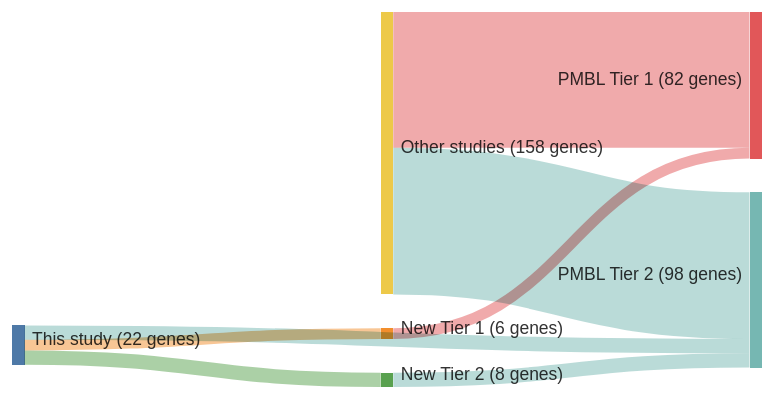
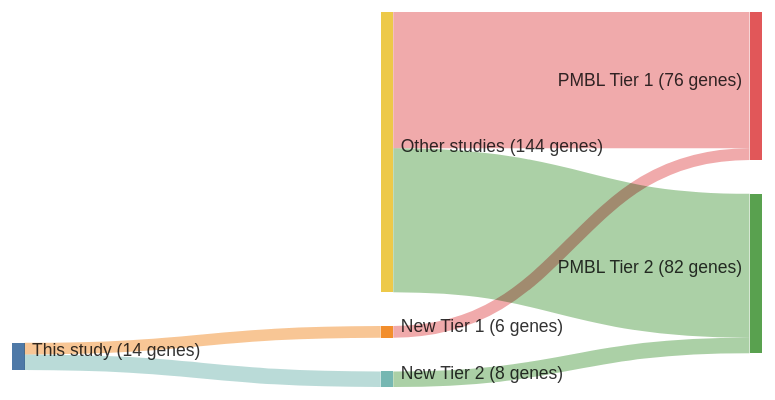
One commit to morinlab/lymphopedia changed the diagram in papers/dunsCharacterizationDLBCLPMBL2021b.md. Above: the diagram before and after it, drawn with Mermaid. The commit also changed other lines of this file and 81 other files, not shown here.

````diff
--- a/papers/dunsCharacterizationDLBCLPMBL2021b.md
+++ b/papers/dunsCharacterizationDLBCLPMBL2021b.md
@@ -13,21 +13,20 @@
 ```mermaid
 ---
 config:
     sankey:
         showValues: true
         linkColor: target
         width: 600
         height: 300
         nodeAlignment: right
         prefix: '('
         suffix: ' genes)'
 ---
 sankey-beta
 This study, New Tier 1, 6
 New Tier 1, PMBL Tier 1, 6
-This study, PMBL Tier 2, 8
 This study, New Tier 2, 8
 New Tier 2, PMBL Tier 2, 8
-Other studies, PMBL Tier 1, 76
-Other studies, PMBL Tier 2, 82
+Other studies, PMBL Tier 1, 70
+Other studies, PMBL Tier 2, 74
 ```
````
